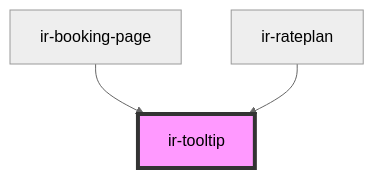
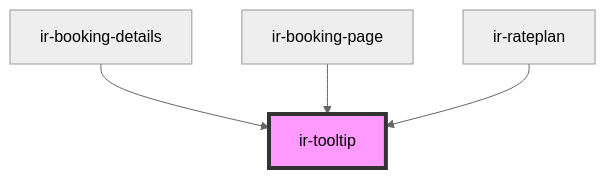
The diagram in src/components/ui/ir-tooltip/readme.md (RonyRizk/ir-be), drawn with Mermaid (neutral theme) before and after one commit. The commit also changed other lines of this file and 15 other files, not shown here.

````diff
--- a/src/components/ui/ir-tooltip/readme.md
+++ b/src/components/ui/ir-tooltip/readme.md
@@ -34,6 +35,7 @@
 ```mermaid
 graph TD;
+  ir-booking-details --> ir-tooltip
   ir-booking-page --> ir-tooltip
   ir-rateplan --> ir-tooltip
   style ir-tooltip fill:#f9f,stroke:#333,stroke-width:4px
 ```
````
